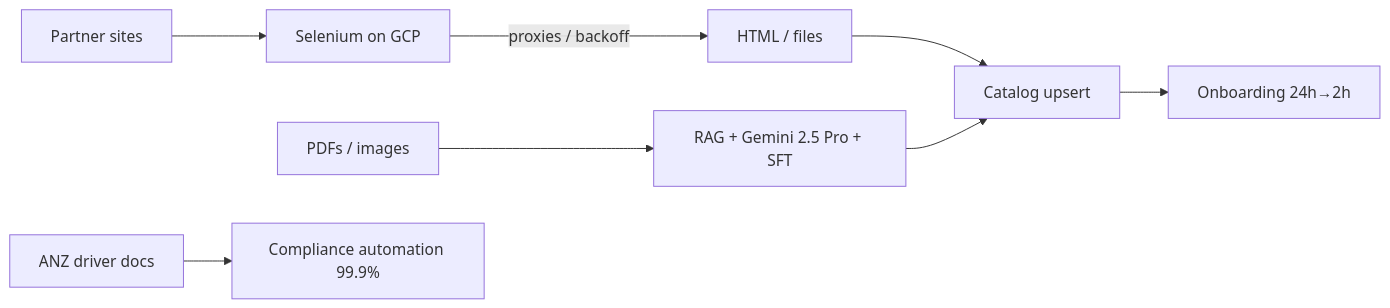
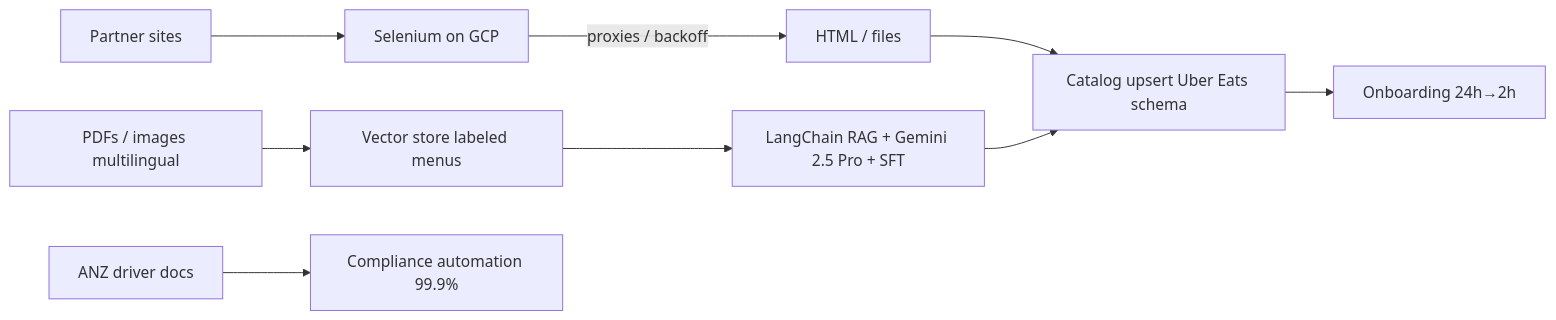
Before and after one commit to TM-DEV-PRO/final-resume: the second of 2 diagrams in interview_prep_v2/23b_uber_interview_packs.md, drawn with Mermaid. The commit also changed other lines of this file and 25 other files, not shown here.

First line of the commit message:
Clarify Menu LangChain RAG/vector extraction, split GFG bullets, fix ANZ wording.

````diff
--- a/interview_prep_v2/23b_uber_interview_packs.md
+++ b/interview_prep_v2/23b_uber_interview_packs.md
@@ -180,10 +180,11 @@
 ```mermaid
 flowchart LR
   Sites[Partner sites] --> Se[Selenium on GCP]
   Se -->|proxies / backoff| Raw[HTML / files]
-  PDFs[PDFs / images] --> RAG[RAG + Gemini 2.5 Pro + SFT]
-  Raw --> Cat[Catalog upsert]
-  RAG --> Cat
+  PDFs[PDFs / images multilingual] --> VS[Vector store labeled menus]
+  VS --> LC[LangChain RAG + Gemini 2.5 Pro + SFT]
+  Raw --> Cat[Catalog upsert Uber Eats schema]
+  LC --> Cat
   Cat --> Onboard[Onboarding 24h→2h]
   Docs[ANZ driver docs] --> Comp[Compliance automation 99.9%]
 ```
````
